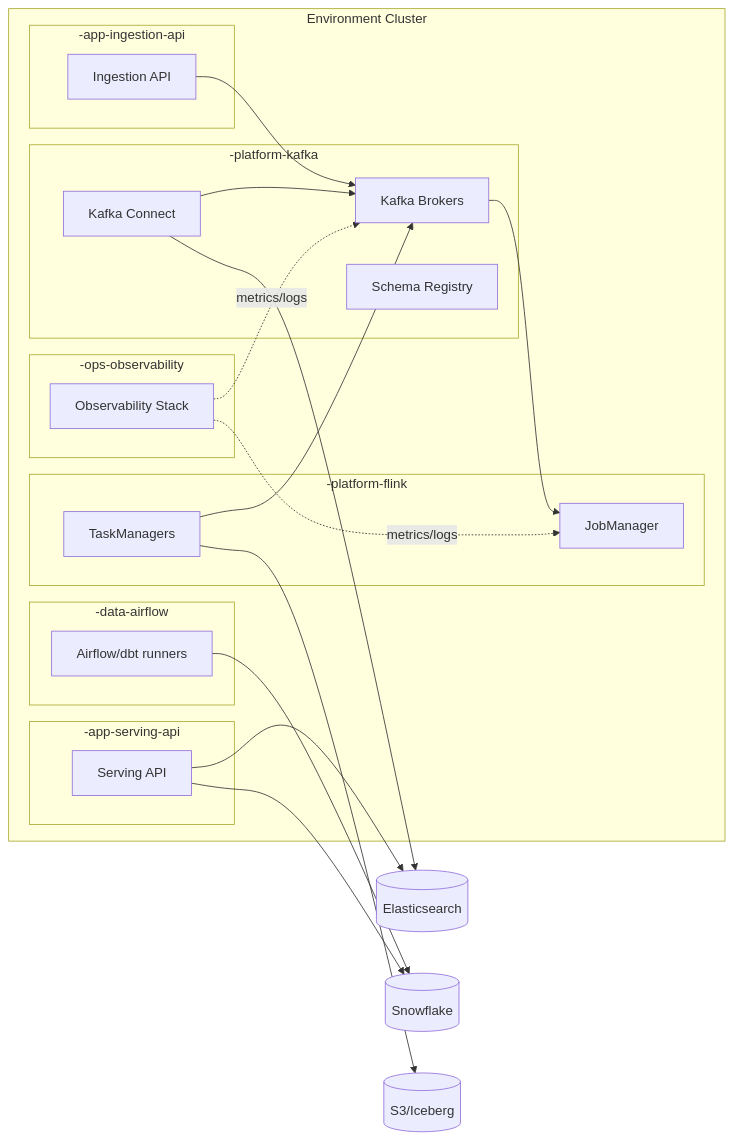
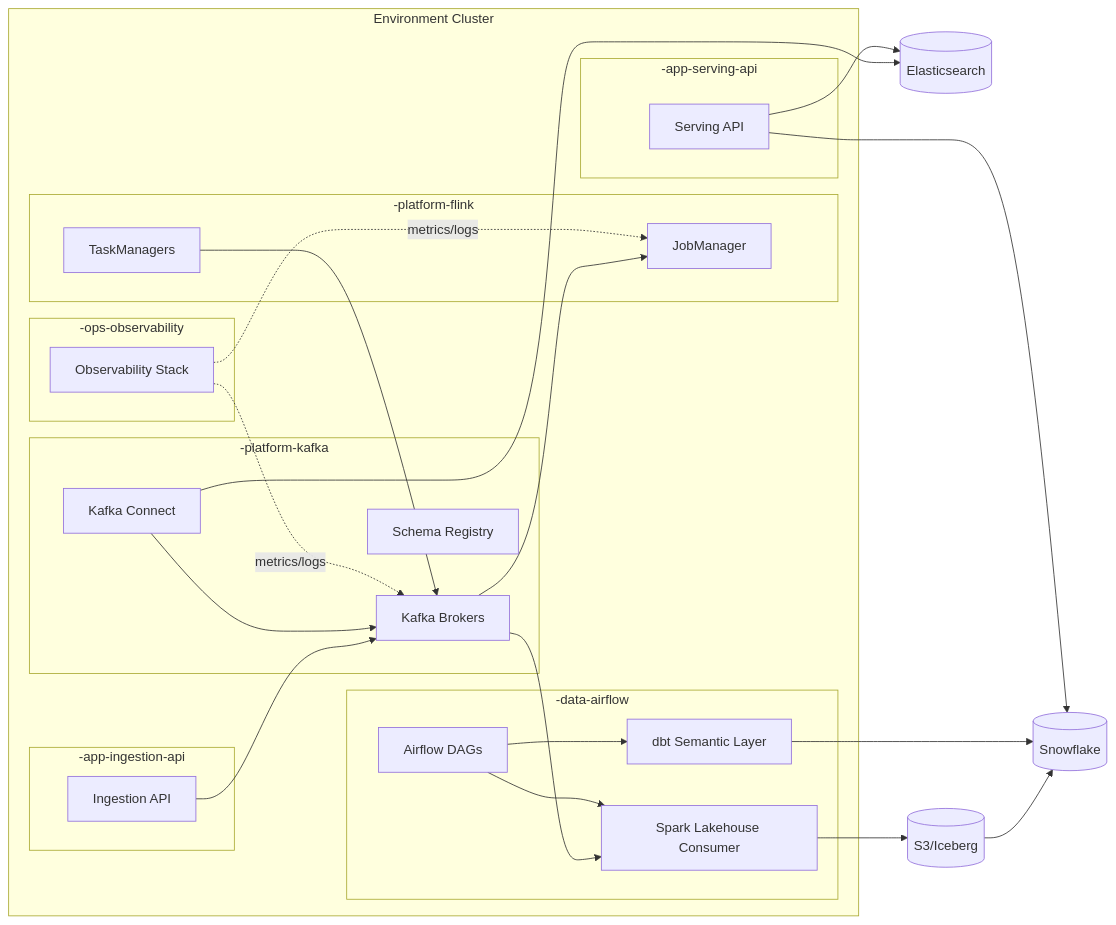
Before and after one commit to paulchen8206/Event-Tracking-Platform: the first of 2 diagrams in docs/architecture/deployment-runtime-topology.md, drawn with Mermaid. The commit also changed 36 other files, not shown here.

````diff
--- a/docs/architecture/deployment-runtime-topology.md
+++ b/docs/architecture/deployment-runtime-topology.md
@@ -9,43 +9,49 @@
 ```mermaid
 flowchart LR
     subgraph Cluster[Environment Cluster]
         subgraph NSK[<env>-platform-kafka]
             KAFKA[Kafka Brokers]
             SR[Schema Registry]
             KCONNECT[Kafka Connect]
         end
 
         subgraph NSF[<env>-platform-flink]
             FJM[JobManager]
             FTM[TaskManagers]
         end
 
         subgraph NSA[<env>-app-ingestion-api]
             ING[Ingestion API]
         end
 
         subgraph NSS[<env>-app-serving-api]
             SVCAPI[Serving API]
         end
 
         subgraph NSO[<env>-ops-observability]
             O11Y[Observability Stack]
         end
 
         subgraph NSD[<env>-data-airflow]
-            AIRFLOW[Airflow/dbt runners]
+            AIRFLOW[Airflow DAGs]
+            SPARK[Spark Lakehouse Consumer]
+            DBT[dbt Semantic Layer]
         end
     end
 
     ING --> KAFKA
     KAFKA --> FJM
     FTM --> KAFKA
     KCONNECT --> KAFKA
     KCONNECT --> ES[(Elasticsearch)]
-    AIRFLOW --> SNOW[(Snowflake)]
-    FTM --> S3[(S3/Iceberg)]
+    KAFKA --> SPARK
+    SPARK --> S3[(S3/Iceberg)]
+    S3 --> SNOW[(Snowflake)]
+    AIRFLOW --> SPARK
+    AIRFLOW --> DBT
+    DBT --> SNOW
     SVCAPI --> SNOW
     SVCAPI --> ES
     O11Y -. metrics/logs .-> KAFKA
     O11Y -. metrics/logs .-> FJM
 ```
````
